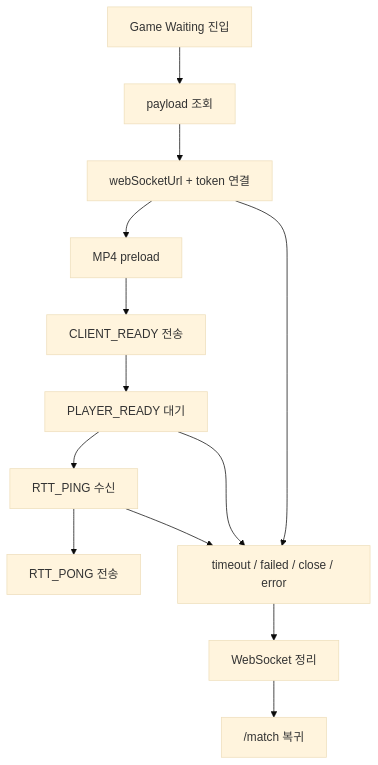
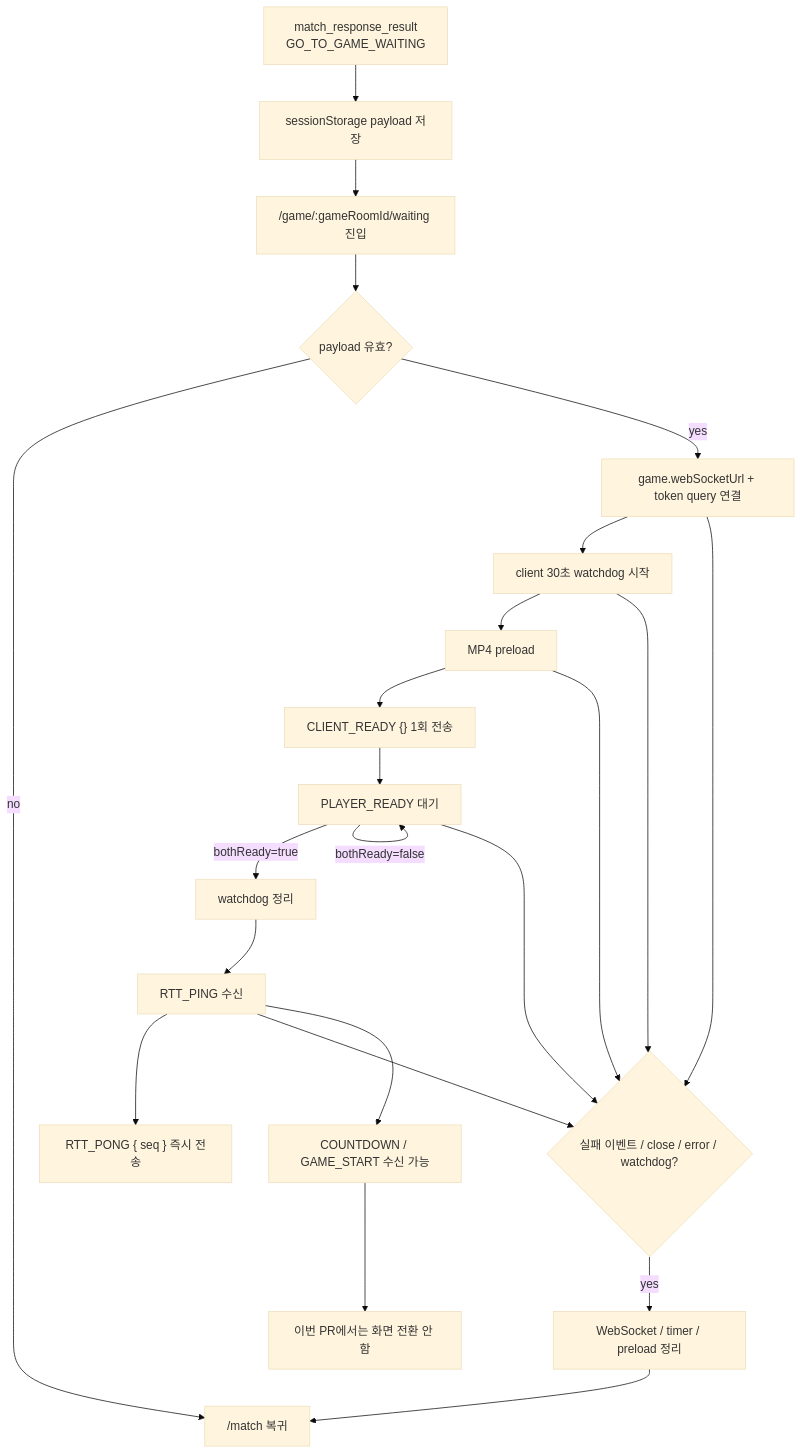
One commit to moonwhistle/League-of-Star changed the second of 2 diagrams in docs/antigravity/frontend/issue-86-game-waiting-websocket.md. Above: the diagram before and after it, drawn with Mermaid (base theme). The commit also changed other lines of this file and 1 other file, not shown here.

````diff
--- a/docs/antigravity/frontend/issue-86-game-waiting-websocket.md
+++ b/docs/antigravity/frontend/issue-86-game-waiting-websocket.md
@@ -356,15 +358,25 @@
 ```mermaid
 flowchart TD
-    A["Game Waiting 진입"] --> B["payload 조회"]
-    B --> C["webSocketUrl + token 연결"]
-    C --> D["MP4 preload"]
-    D --> E["CLIENT_READY 전송"]
-    E --> F["PLAYER_READY 대기"]
-    F --> G["RTT_PING 수신"]
-    G --> H["RTT_PONG 전송"]
-    C --> I["timeout / failed / close / error"]
-    F --> I
-    G --> I
-    I --> J["WebSocket 정리"]
-    J --> K["/match 복귀"]
+    A["match_response_result<br/>GO_TO_GAME_WAITING"] --> B["sessionStorage payload 저장"]
+    B --> C["/game/:gameRoomId/waiting 진입"]
+    C --> D{"payload 유효?"}
+    D -->|no| R["/match 복귀"]
+    D -->|yes| E["game.webSocketUrl + token query 연결"]
+    E --> F["client 30초 watchdog 시작"]
+    F --> G["MP4 preload"]
+    G --> H["CLIENT_READY {} 1회 전송"]
+    H --> I["PLAYER_READY 대기"]
+    I -->|bothReady=false| I
+    I -->|bothReady=true| J["watchdog 정리"]
+    J --> K["RTT_PING 수신"]
+    K --> L["RTT_PONG { seq } 즉시 전송"]
+    E --> M{"실패 이벤트 / close / error / watchdog?"}
+    F --> M
+    G --> M
+    I --> M
+    K --> M
+    M -->|yes| N["WebSocket / timer / preload 정리"]
+    N --> R
+    K --> O["COUNTDOWN / GAME_START 수신 가능"]
+    O --> P["이번 PR에서는 화면 전환 안 함"]
 ```
````
